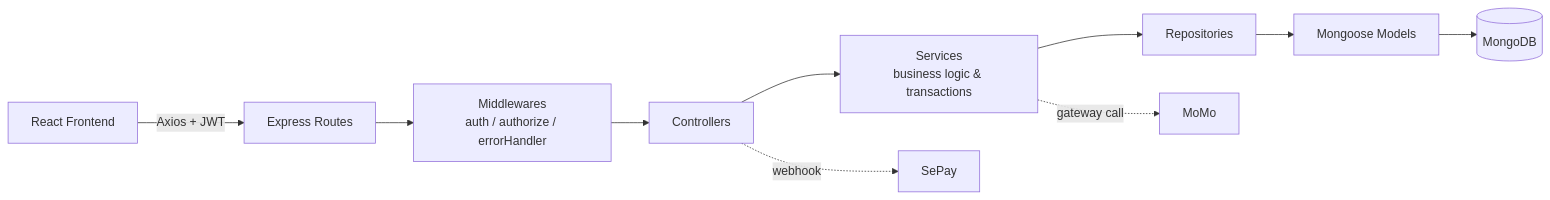
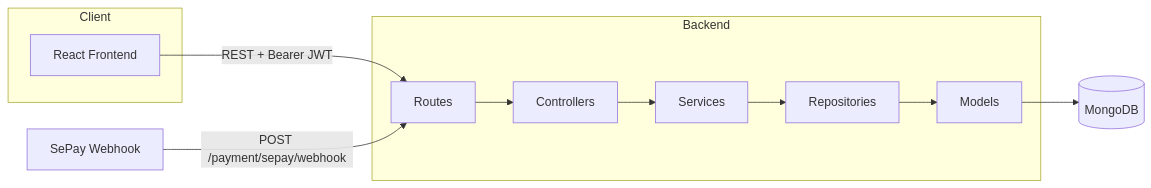
Before and after one commit to batanvlog2503/PCStore: the first of 4 diagrams in README.md, drawn with Mermaid. The commit also changed other lines of this file, not shown here.

````diff
--- a/README.md
+++ b/README.md
@@ -134,13 +191,25 @@
 ```mermaid
 flowchart LR
-    A[React Frontend] -->|Axios + JWT| B[Express Routes]
-    B --> C[Middlewares<br/>auth / authorize / errorHandler]
-    C --> D[Controllers]
-    D --> E[Services<br/>business logic & transactions]
-    E --> F[Repositories]
-    F --> G[Mongoose Models]
-    G --> H[(MongoDB)]
+    subgraph Client
+        FE[React Frontend]
+    end
 
-    D -. webhook .-> I[SePay]
-    E -. gateway call .-> J[MoMo]
+    subgraph Backend
+        R[Routes]
+        C[Controllers]
+        S[Services]
+        Repo[Repositories]
+        M[Models]
+    end
+
+    DB[(MongoDB)]
+
+    FE -->|REST + Bearer JWT| R
+    R --> C
+    C --> S
+    S --> Repo
+    Repo --> M
+    M --> DB
+
+    SEPAY[SePay Webhook] -->|POST /payment/sepay/webhook| R
 ```
````
